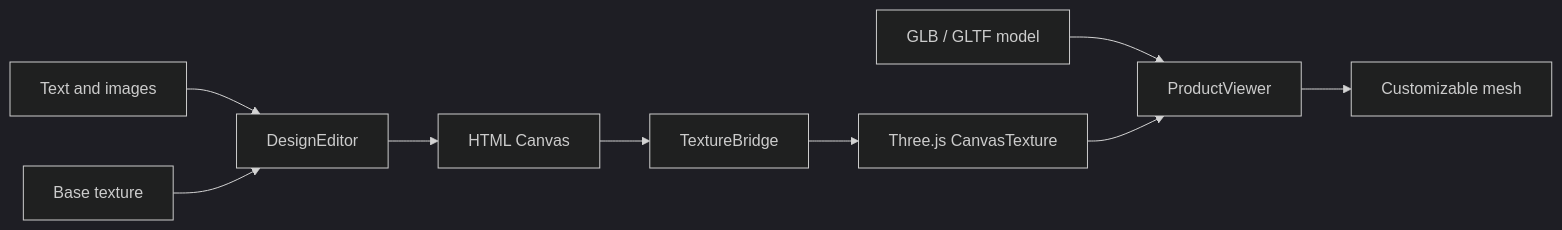
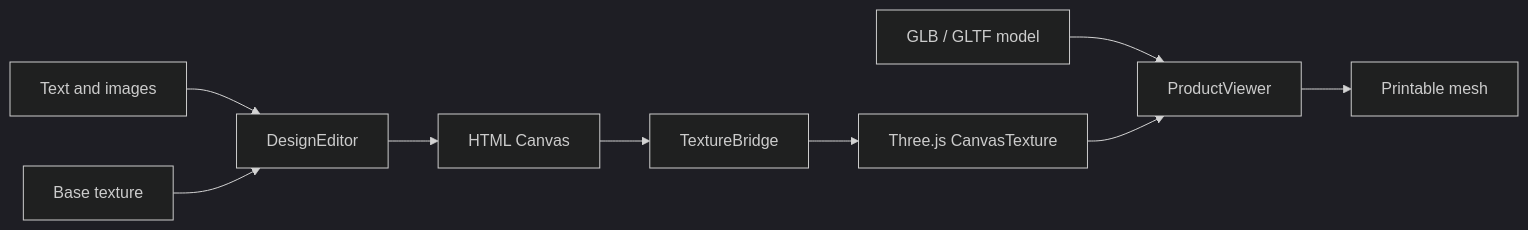
Before and after one commit to songshanliu/CustomForge: the diagram in README.md, drawn with Mermaid (dark theme). The commit also changed other lines of this file and 10 other files, not shown here.

````diff
--- a/README.md
+++ b/README.md
@@ -400,11 +403,11 @@
 ```mermaid
 flowchart LR
     A[Text and images] --> B[DesignEditor]
     C[Base texture] --> B
     B --> D[HTML Canvas]
     D --> E[TextureBridge]
     E --> F[Three.js CanvasTexture]
     G[GLB / GLTF model] --> H[ProductViewer]
     F --> H
-    H --> I[Customizable mesh]
+    H --> I[Printable mesh]
 ```
````
